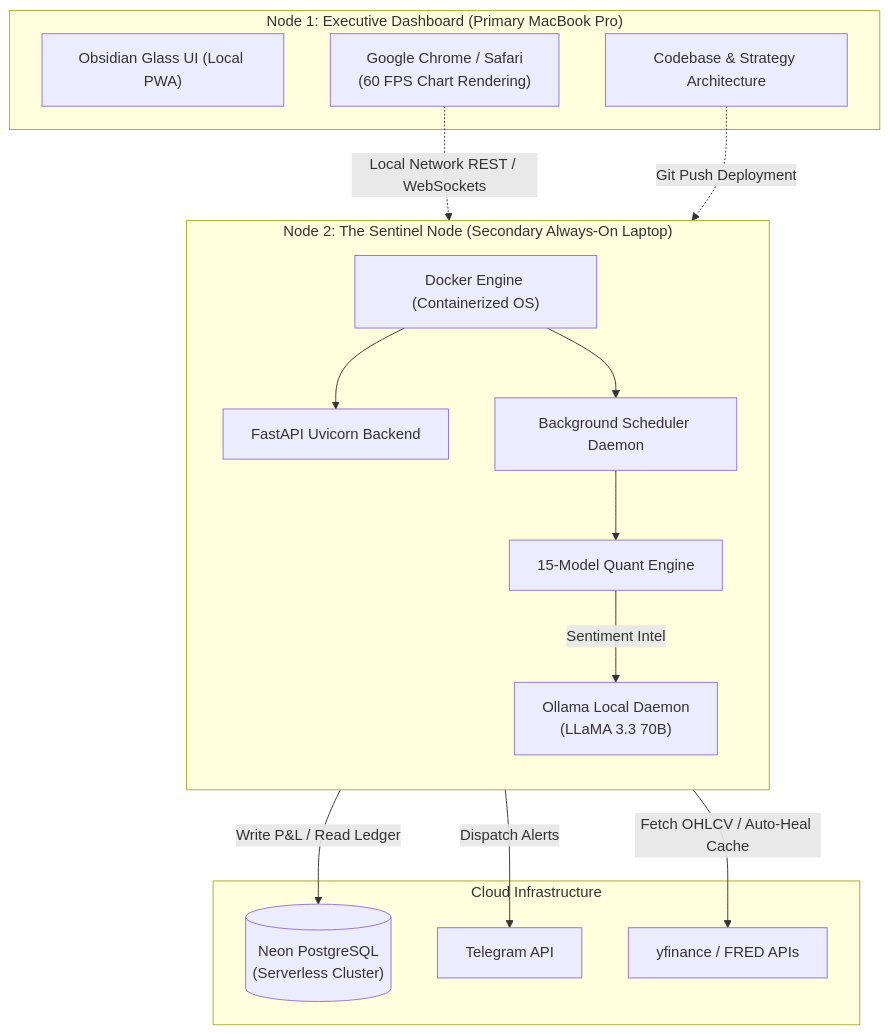
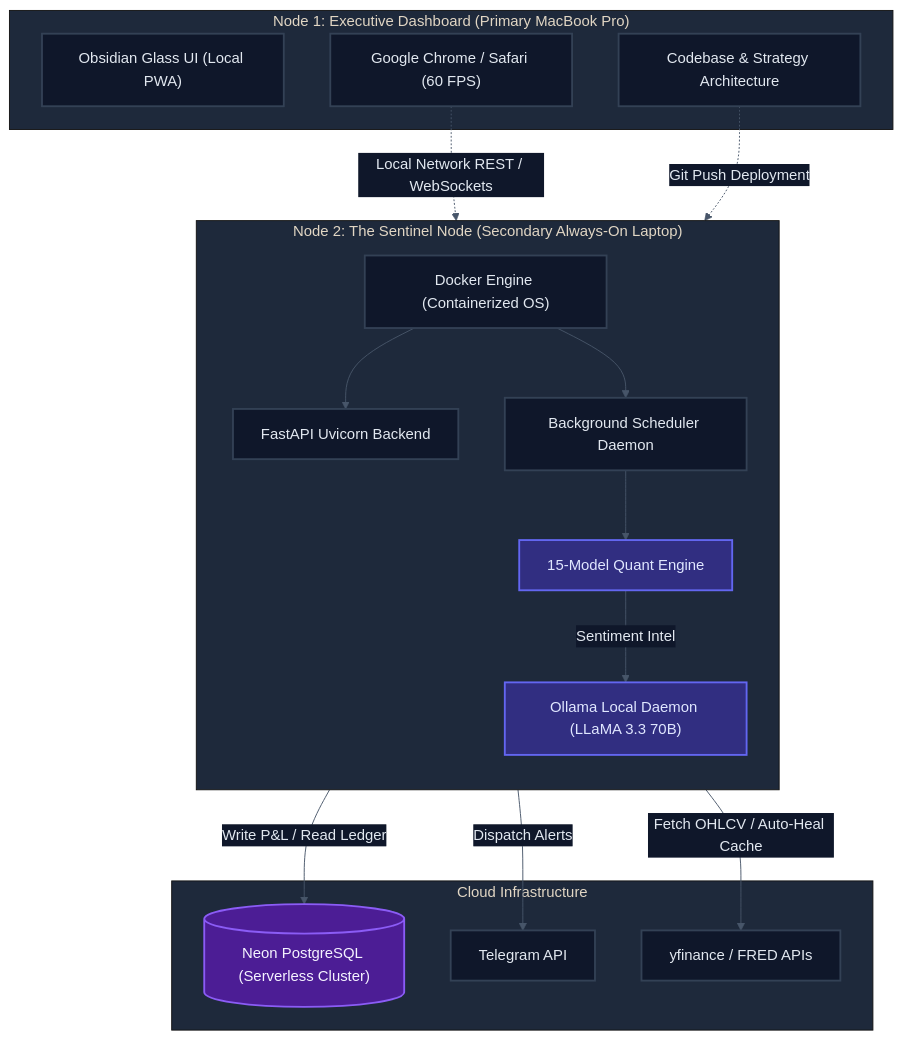
The second of 5 diagrams in README.md (SaiSiddharthBS/MarketAnalyser), drawn with Mermaid before and after one commit. The commit also changed other lines of this file, not shown here.

Commit message:
docs: Fix mermaid diagram text clipping and apply custom styling to all diagrams

````diff
--- a/README.md
+++ b/README.md
@@ -130,34 +131,43 @@
 ```mermaid
+%%{init: {'theme': 'base', 'themeVariables': { 'primaryColor': '#1a1a2e', 'primaryTextColor': '#e2e8f0', 'primaryBorderColor': '#38bdf8', 'lineColor': '#475569', 'secondaryColor': '#0f172a', 'tertiaryColor': '#1e293b'}}}%%
 graph TB
     subgraph "Node 1: Executive Dashboard (Primary MacBook Pro)"
         UI["Obsidian Glass UI (Local PWA)"]
         Dev["Codebase & Strategy Architecture"]
-        UI_Browser["Google Chrome / Safari<br/>(60 FPS Chart Rendering)"]
+        UI_Browser["Google Chrome / Safari (60 FPS)"]
     end
 
     subgraph "Node 2: The Sentinel Node (Secondary Always-On Laptop)"
         direction TB
         Docker["Docker Engine (Containerized OS)"]
         FastAPI["FastAPI Uvicorn Backend"]
-        Ollama["Ollama Local Daemon<br/>(LLaMA 3.3 70B)"]
+        Ollama["Ollama Local Daemon (LLaMA 3.3 70B)"]
         Cron["Background Scheduler Daemon"]
         Quant["15-Model Quant Engine"]
         
         Docker --> FastAPI
         Docker --> Cron
         Cron --> Quant
         Quant -->|Sentiment Intel| Ollama
     end
 
     subgraph "Cloud Infrastructure"
-        DB[("Neon PostgreSQL<br/>(Serverless Cluster)")]
+        DB[("Neon PostgreSQL (Serverless Cluster)")]
         TG["Telegram API"]
         Data["yfinance / FRED APIs"]
     end
 
     UI_Browser -.->|Local Network REST / WebSockets| FastAPI
     Quant -->|Write P&L / Read Ledger| DB
     Quant -->|Fetch OHLCV / Auto-Heal Cache| Data
     Cron -->|Dispatch Alerts| TG
     Dev -.->|Git Push Deployment| Docker
+
+    classDef default fill:#0f172a,stroke:#334155,stroke-width:2px,color:#e2e8f0;
+    classDef highlight fill:#312e81,stroke:#6366f1,stroke-width:2px,color:#e0e7ff;
+    classDef db fill:#4c1d95,stroke:#8b5cf6,stroke-width:2px,color:#f5f3ff;
+    
+    class UI,Dev,UI_Browser,Docker,FastAPI,Cron,TG,Data default;
+    class Quant,Ollama highlight;
+    class DB db;
 ```
````
